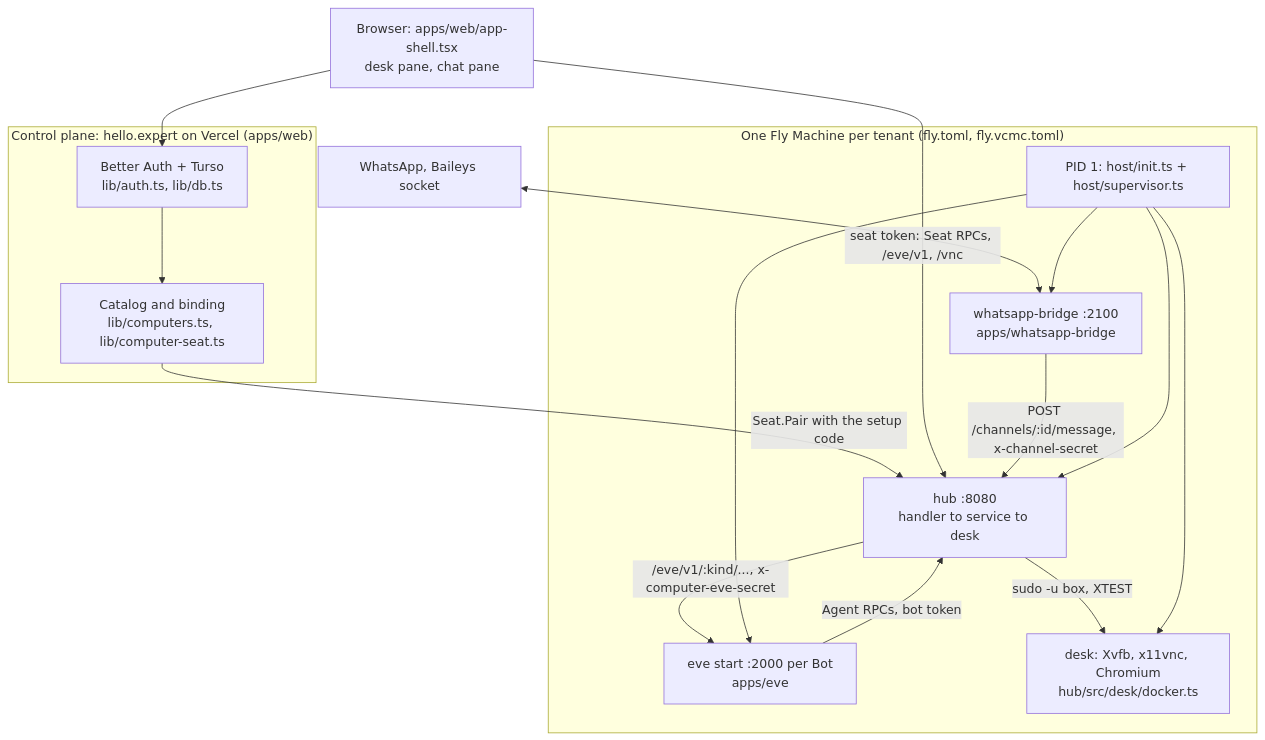
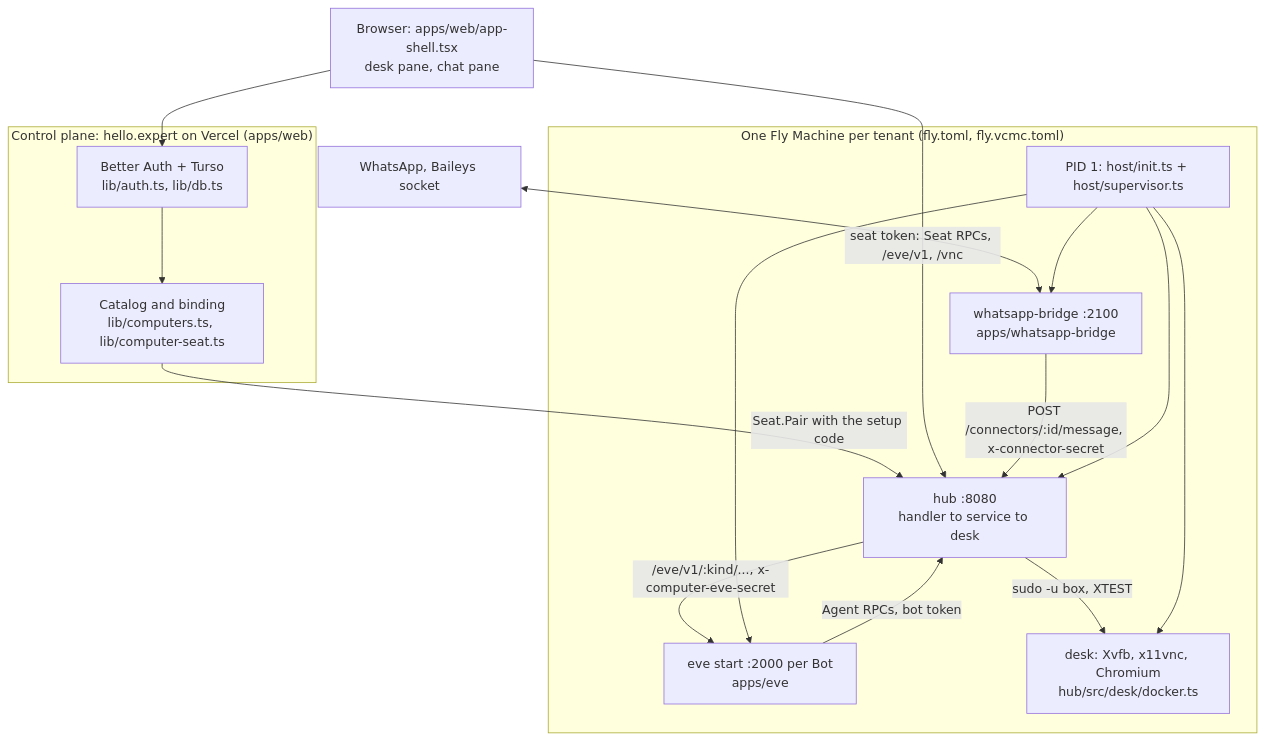
One commit to mblode/expert changed the first of 2 diagrams in docs/ARCHITECTURE.md. Above: the diagram before and after it, drawn with Mermaid. The commit also changed other lines of this file and 64 other files, not shown here.

````diff
--- a/docs/ARCHITECTURE.md
+++ b/docs/ARCHITECTURE.md
@@ -19,33 +19,33 @@
 ```mermaid
 flowchart TB
   browser["Browser: apps/web/app-shell.tsx<br/>desk pane, chat pane"]
 
   subgraph control["Control plane: hello.expert on Vercel (apps/web)"]
     auth["Better Auth + Turso<br/>lib/auth.ts, lib/db.ts"]
     catalog["Catalog and binding<br/>lib/computers.ts, lib/computer-seat.ts"]
   end
 
   subgraph machine["One Fly Machine per tenant (fly.toml, fly.vcmc.toml)"]
     init["PID 1: host/init.ts + host/supervisor.ts"]
     hub["hub :8080<br/>handler to service to desk"]
     eve["eve start :2000 per Bot<br/>apps/eve"]
     bridge["whatsapp-bridge :2100<br/>apps/whatsapp-bridge"]
     desk["desk: Xvfb, x11vnc, Chromium<br/>hub/src/desk/docker.ts"]
   end
 
   wa["WhatsApp, Baileys socket"]
 
   browser --> auth
   auth --> catalog
   catalog -->|"Seat.Pair with the setup code"| hub
   browser -->|"seat token: Seat RPCs, /eve/v1, /vnc"| hub
   wa <--> bridge
-  bridge -->|"POST /channels/:id/message, x-channel-secret"| hub
+  bridge -->|"POST /connectors/:id/message, x-connector-secret"| hub
   hub -->|"/eve/v1/:kind/..., x-computer-eve-secret"| eve
   eve -->|"Agent RPCs, bot token"| hub
   hub -->|"sudo -u box, XTEST"| desk
   init --> hub
   init --> eve
   init --> bridge
   init --> desk
 ```
````
